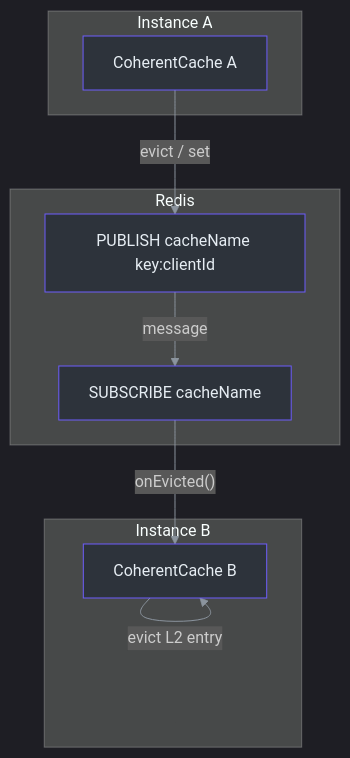
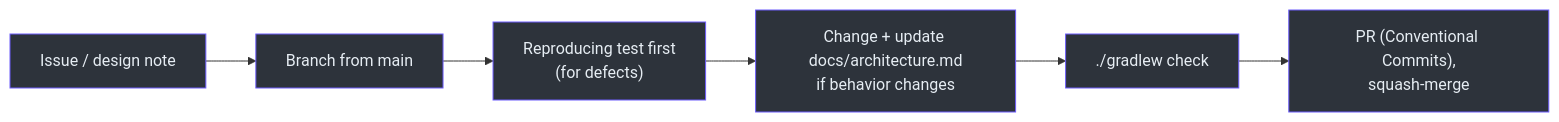
Before and after one commit to Ahoo-Wang/CoCache: the fourth of 4 diagrams in wiki/onboarding/contributor.md, drawn with Mermaid. The commit also changed other lines of this file and 256 other files, not shown here.

````diff
--- a/wiki/onboarding/contributor.md
+++ b/wiki/onboarding/contributor.md
@@ -452,26 +180,15 @@
 ```mermaid
-%%{init: {'theme': 'dark', 'themeVariables': {'primaryColor': '#2d333b', 'primaryBorderColor': '#6d5dfc', 'primaryTextColor': '#e6edf3', 'lineColor': '#8b949e', 'subgraphBgColor': '#161b22'}}}%%
-graph TB
-    subgraph sg_67 ["Instance A"]
-        CAA["CoherentCache A"]
-    end
+flowchart LR
+    Issue["Issue / design note"] --> Branch["Branch from main"]
+    Branch --> Test["Reproducing test first<br>(for defects)"]
+    Test --> Code["Change + update docs/architecture.md<br>if behavior changes"]
+    Code --> Check["./gradlew check"]
+    Check --> PR["PR (Conventional Commits),<br>squash-merge"]
 
-    subgraph sg_68 ["Instance B"]
-        CAB["CoherentCache B"]
-    end
-
-    subgraph sg_69 ["Redis"]
-        PUBLISH["PUBLISH cacheName key:clientId"]
-        SUBSCRIBE["SUBSCRIBE cacheName"]
-    end
-
-    CAA -->|"evict / set"| PUBLISH
-    PUBLISH -->|"message"| SUBSCRIBE
-    SUBSCRIBE -->|"onEvicted()"| CAB
-    CAB -->|"evict L2 entry"| CAB
-
-    style CAA fill:#2d333b,stroke:#6d5dfc,color:#e6edf3
-    style CAB fill:#2d333b,stroke:#6d5dfc,color:#e6edf3
-    style PUBLISH fill:#2d333b,stroke:#6d5dfc,color:#e6edf3
-    style SUBSCRIBE fill:#2d333b,stroke:#6d5dfc,color:#e6edf3
+    style Issue fill:#2d333b,stroke:#6d5dfc,color:#e6edf3
+    style Branch fill:#2d333b,stroke:#6d5dfc,color:#e6edf3
+    style Test fill:#2d333b,stroke:#6d5dfc,color:#e6edf3
+    style Code fill:#2d333b,stroke:#6d5dfc,color:#e6edf3
+    style Check fill:#2d333b,stroke:#6d5dfc,color:#e6edf3
+    style PR fill:#2d333b,stroke:#6d5dfc,color:#e6edf3
 ```
````
